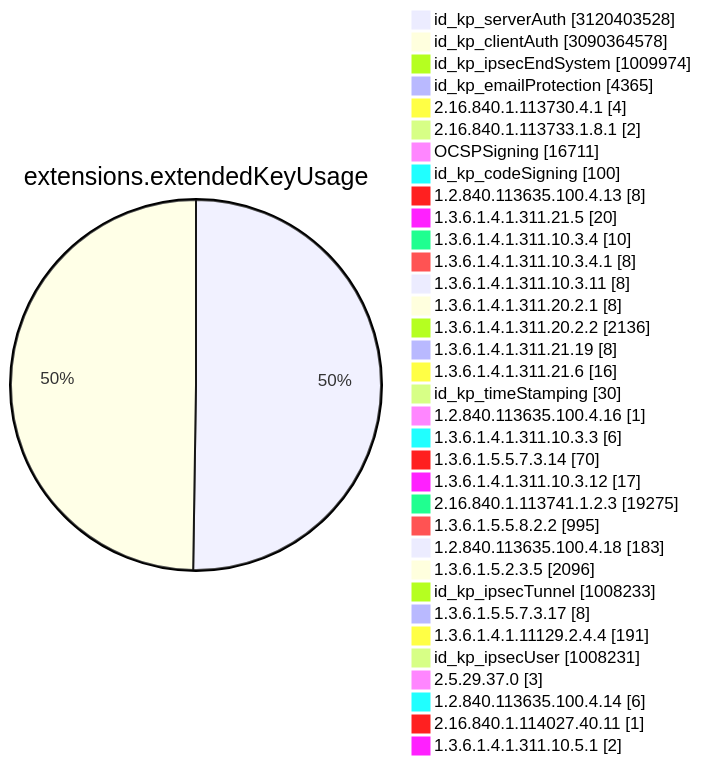
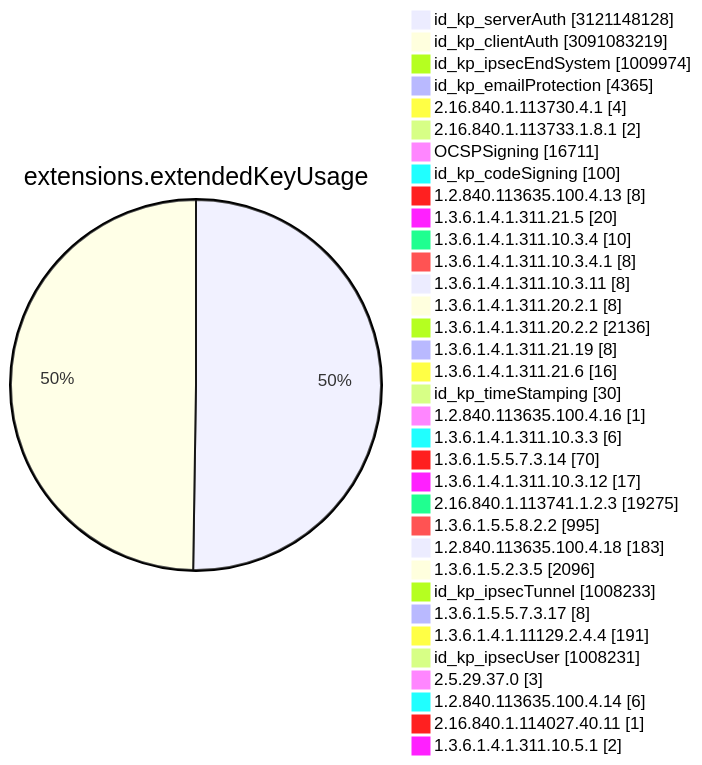
One commit to christiankrug/ctmonitor_visualization changed diagram 11 of 15 in TOTAL/README.md. Above: the diagram before and after it, drawn with Mermaid. The commit also changed other lines of this file, not shown here.

````diff
--- a/TOTAL/README.md
+++ b/TOTAL/README.md
@@ -4117,38 +4117,38 @@
 ```mermaid
 pie showData
 title extensions.extendedKeyUsage
-"id_kp_serverAuth" :3120403528
-"id_kp_clientAuth" :3090364578
+"id_kp_serverAuth" :3121148128
+"id_kp_clientAuth" :3091083219
 "id_kp_ipsecEndSystem" :1009974
 "id_kp_emailProtection" :4365
 "2.16.840.1.113730.4.1" :4
 "2.16.840.1.113733.1.8.1" :2
 "OCSPSigning" :16711
 "id_kp_codeSigning" :100
 "1.2.840.113635.100.4.13" :8
 "1.3.6.1.4.1.311.21.5" :20
 "1.3.6.1.4.1.311.10.3.4" :10
 "1.3.6.1.4.1.311.10.3.4.1" :8
 "1.3.6.1.4.1.311.10.3.11" :8
 "1.3.6.1.4.1.311.20.2.1" :8
 "1.3.6.1.4.1.311.20.2.2" :2136
 "1.3.6.1.4.1.311.21.19" :8
 "1.3.6.1.4.1.311.21.6" :16
 "id_kp_timeStamping" :30
 "1.2.840.113635.100.4.16" :1
 "1.3.6.1.4.1.311.10.3.3" :6
 "1.3.6.1.5.5.7.3.14" :70
 "1.3.6.1.4.1.311.10.3.12" :17
 "2.16.840.1.113741.1.2.3" :19275
 "1.3.6.1.5.5.8.2.2" :995
 "1.2.840.113635.100.4.18" :183
 "1.3.6.1.5.2.3.5" :2096
 "id_kp_ipsecTunnel" :1008233
 "1.3.6.1.5.5.7.3.17" :8
 "1.3.6.1.4.1.11129.2.4.4" :191
 "id_kp_ipsecUser" :1008231
 "2.5.29.37.0" :3
 "1.2.840.113635.100.4.14" :6
 "2.16.840.1.114027.40.11" :1
 "1.3.6.1.4.1.311.10.5.1" :2
 ```
````
